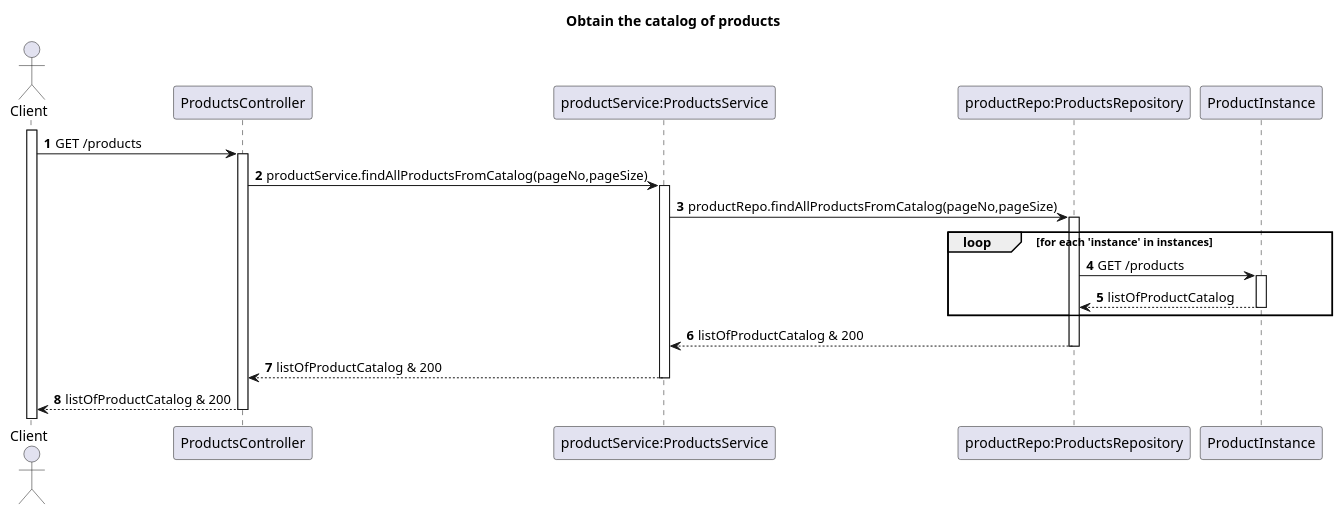
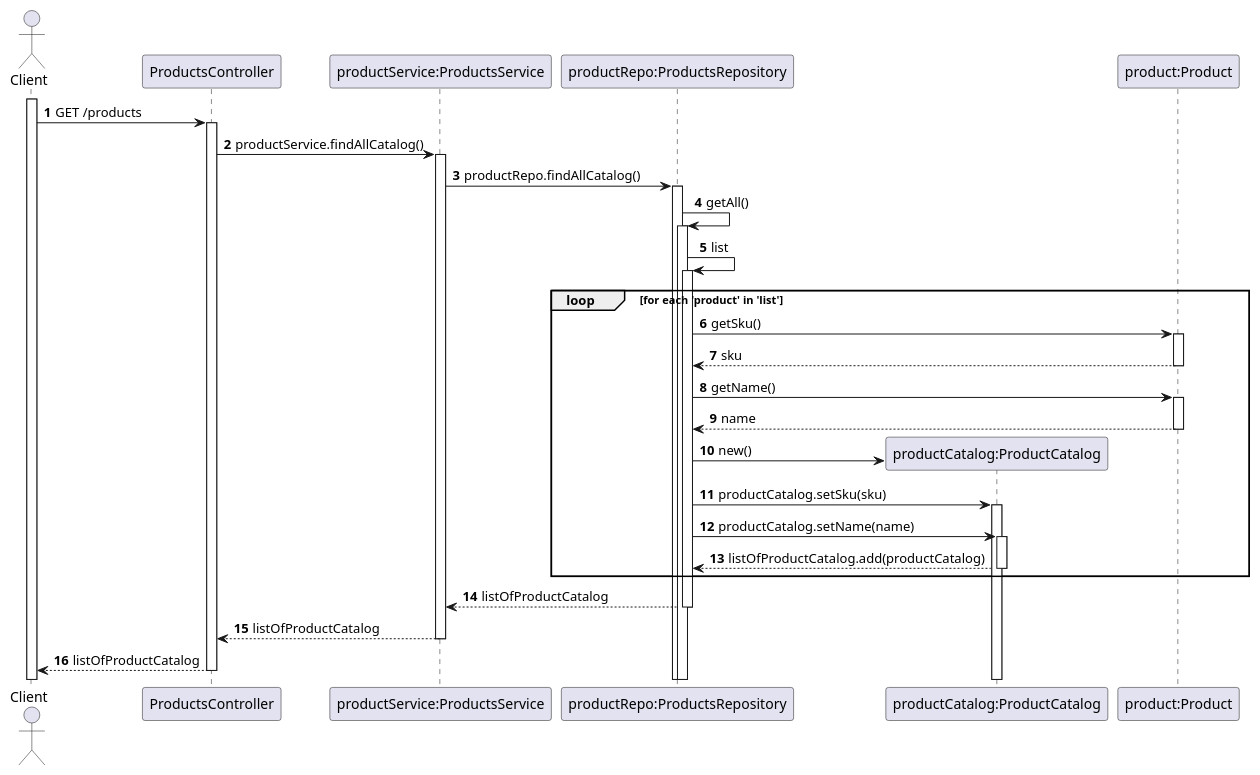
Before and after one commit to TiagoNora/SIDIS-Docs: the diagram in Docs/US01-SD.puml, drawn with PlantUML. The commit also changed 11 other files, not shown here.

```diff
--- a/Docs/US01-SD.puml
+++ b/Docs/US01-SD.puml
@@ -1,27 +1,36 @@
 @startuml
 'https://plantuml.com/sequence-diagram
 
-title Obtain the catalog of products
+
 autoactivate on
 autonumber
 
 actor "Client" as client
 participant "ProductsController" as controller
 participant "productService:ProductsService" as service
 participant "productRepo:ProductsRepository" as repository
-participant "ProductInstance" as instance
+participant "productCatalog:ProductCatalog" as details
+participant "product:Product" as product
 
 activate client
 
 client -> controller : GET /products
-controller -> service : productService.findAllProductsFromCatalog(pageNo,pageSize)
-service -> repository: productRepo.findAllProductsFromCatalog(pageNo,pageSize)
-loop for each 'instance' in instances
- repository -> instance : GET /products
- instance --> repository: listOfProductCatalog
+controller -> service : productService.findAllCatalog()
+service -> repository: productRepo.findAllCatalog()
+repository -> repository: getAll()
+repository -> repository: list
+loop for each 'product' in 'list'
+    repository -> product: getSku()
+    product --> repository: sku
+    repository -> product: getName()
+    product --> repository: name
+    repository -> details**: new()
+    repository -> details:productCatalog.setSku(sku)
+    repository -> details:productCatalog.setName(name)
+    details --> repository: listOfProductCatalog.add(productCatalog)
 end loop
-repository --> service: listOfProductCatalog & 200
-service --> controller: listOfProductCatalog & 200
-controller --> client: listOfProductCatalog & 200
+repository --> service: listOfProductCatalog
+service --> controller: listOfProductCatalog
+controller --> client: listOfProductCatalog
 
 @enduml
```
